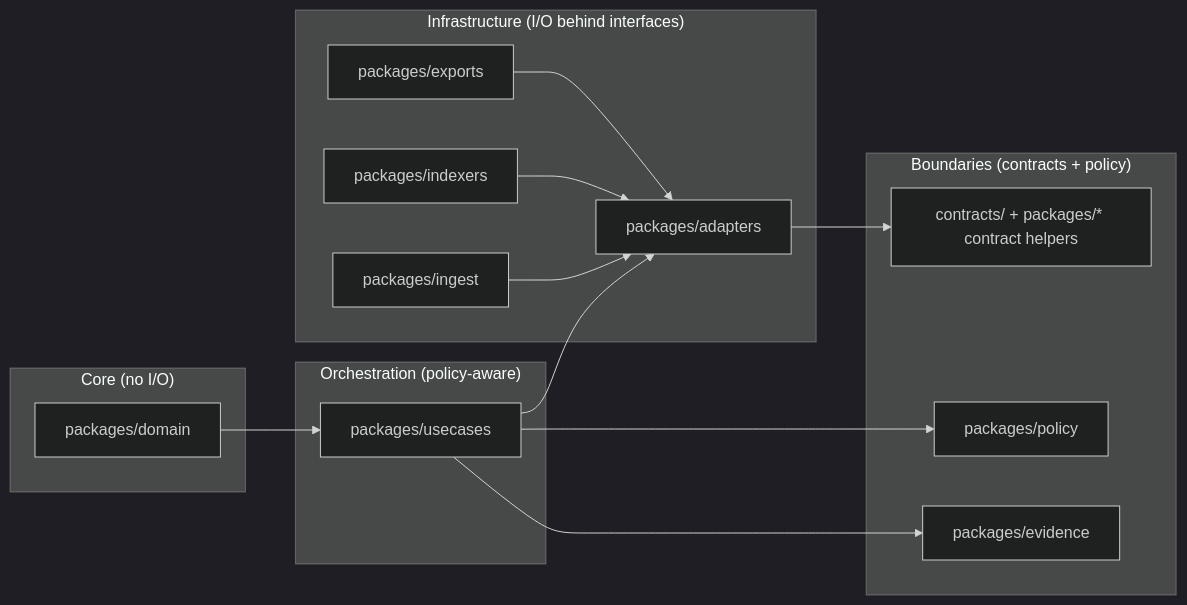
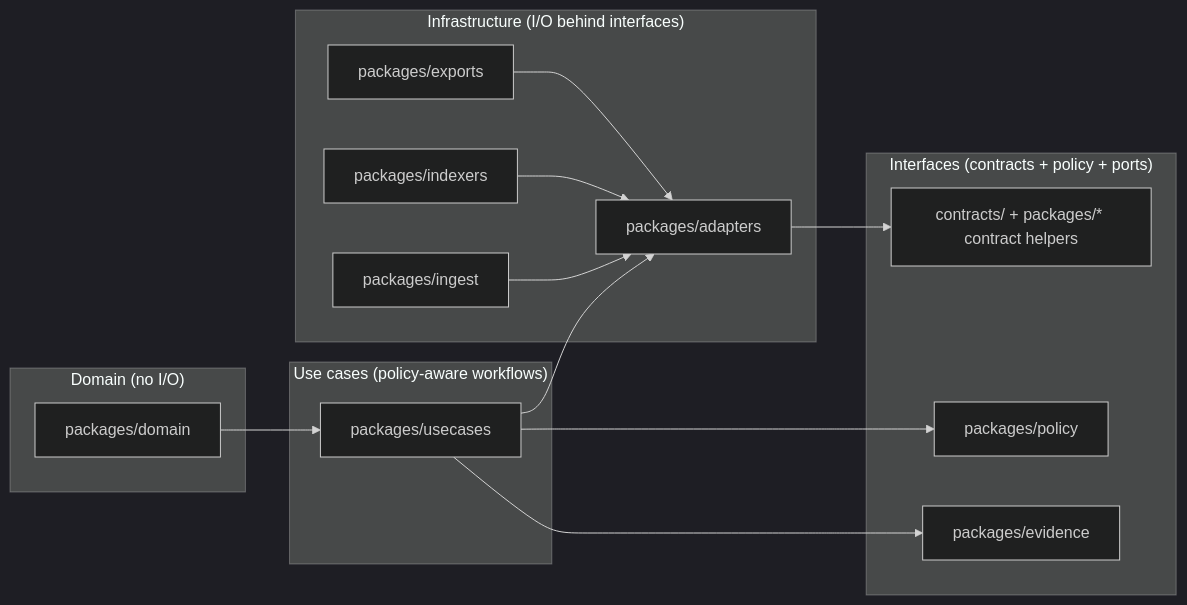
The diagram in packages/README.md (bartytime4life/Kansas-Frontier-Matrix), drawn with Mermaid (dark theme) before and after one commit. The commit also changed other lines of this file, not shown here.

````diff
--- a/packages/README.md
+++ b/packages/README.md
@@ -144,32 +167,32 @@
 ```mermaid
 flowchart LR
-  subgraph Core["Core (no I/O)"]
+  subgraph Domain["Domain (no I/O)"]
     domain[packages/domain]
   end
 
-  subgraph Orchestration["Orchestration (policy-aware)"]
+  subgraph UseCases["Use cases (policy-aware workflows)"]
     usecases[packages/usecases]
   end
 
-  subgraph Boundaries["Boundaries (contracts + policy)"]
+  subgraph Interfaces["Interfaces (contracts + policy + ports)"]
     contracts[contracts/ + packages/* contract helpers]
     policyPkg[packages/policy]
     evidencePkg[packages/evidence]
   end
 
-  subgraph Infra["Infrastructure (I/O behind interfaces)"]
+  subgraph Infrastructure["Infrastructure (I/O behind interfaces)"]
     adapters[packages/adapters]
     ingest[packages/ingest]
     indexers[packages/indexers]
     exports[packages/exports]
   end
 
   domain --> usecases
   usecases --> policyPkg
   usecases --> evidencePkg
   usecases --> adapters
   adapters --> contracts
   ingest --> adapters
   indexers --> adapters
   exports --> adapters
 ```
````
